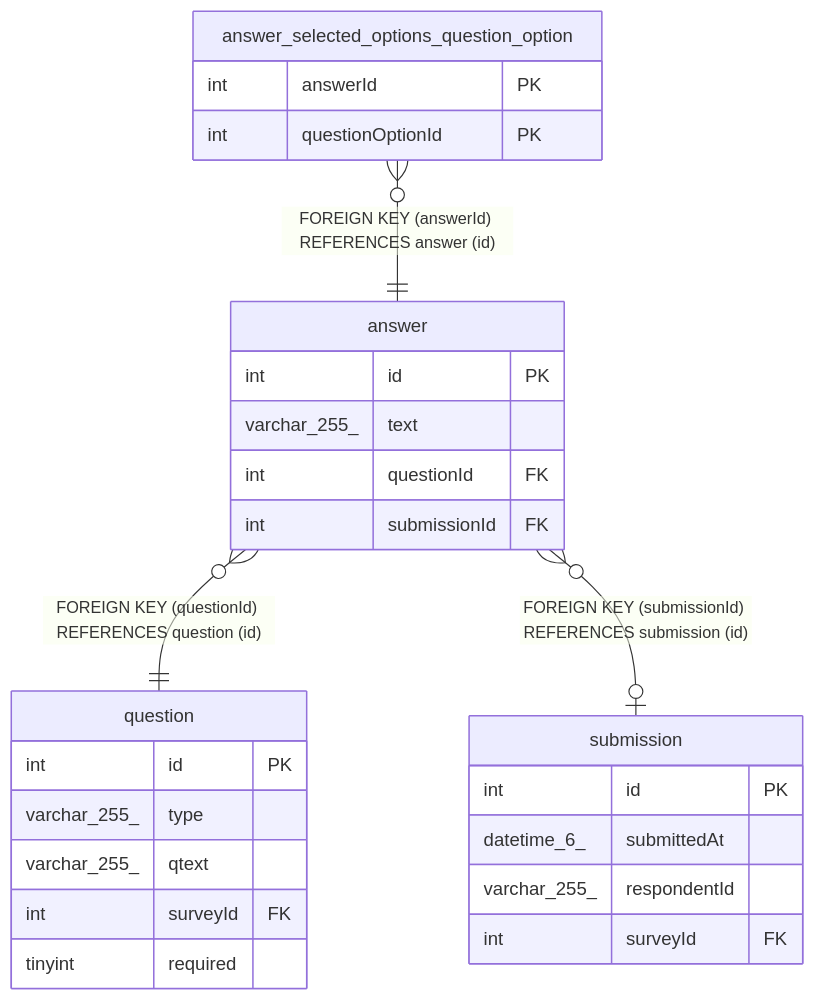
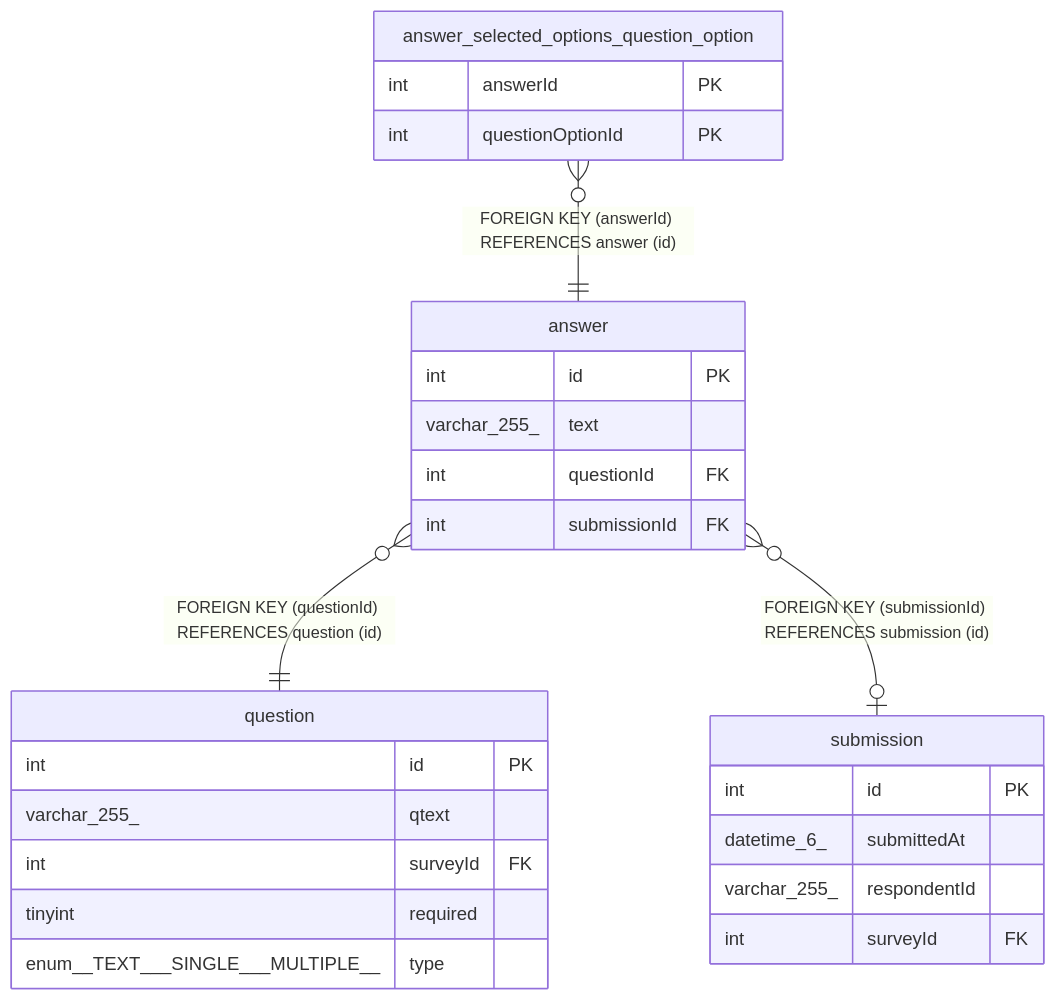
Before and after one commit to BepHblVI/First-nest: the diagram in docs/database/answer.md, drawn with Mermaid. The commit also changed 9 other files, not shown here.

````diff
--- a/docs/database/answer.md
+++ b/docs/database/answer.md
@@ -51,31 +51,31 @@
 ```mermaid
 erDiagram
 
 "answer_selected_options_question_option" }o--|| "answer" : "FOREIGN KEY (answerId) REFERENCES answer (id)"
 "answer" }o--|| "question" : "FOREIGN KEY (questionId) REFERENCES question (id)"
 "answer" }o--o| "submission" : "FOREIGN KEY (submissionId) REFERENCES submission (id)"
 
 "answer" {
   int id PK
   varchar_255_ text
   int questionId FK
   int submissionId FK
 }
 "answer_selected_options_question_option" {
   int answerId PK
   int questionOptionId PK
 }
 "question" {
   int id PK
-  varchar_255_ type
   varchar_255_ qtext
   int surveyId FK
   tinyint required
+  enum__TEXT___SINGLE___MULTIPLE__ type
 }
 "submission" {
   int id PK
   datetime_6_ submittedAt
   varchar_255_ respondentId
   int surveyId FK
 }
 ```
````
